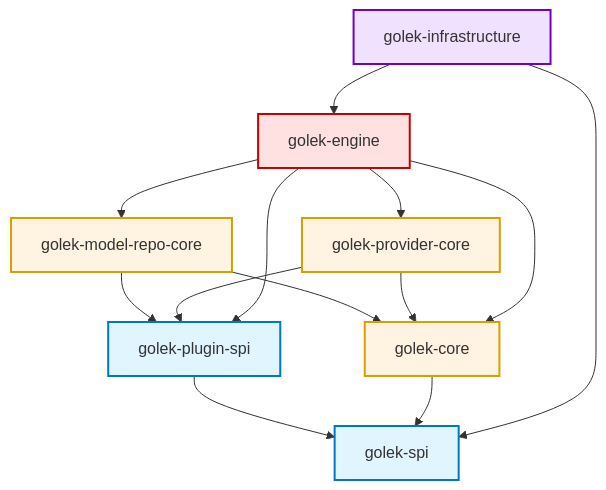
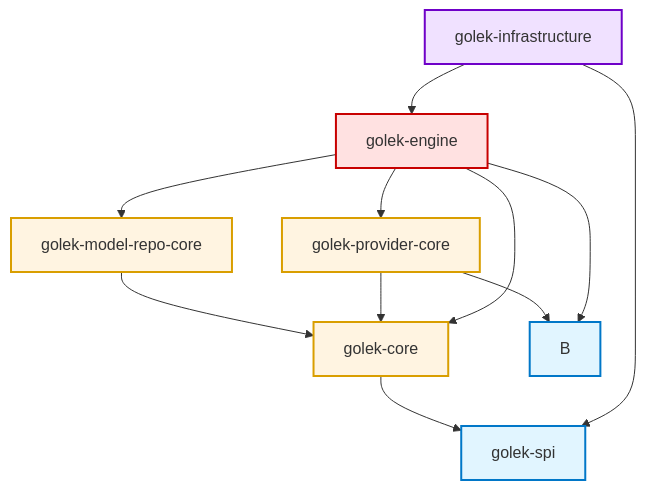
One commit to bhangun/gollek changed the diagram in core/README.md. Above: the diagram before and after it, drawn with Mermaid. The commit also changed other lines of this file and 96 other files, not shown here.

````diff
--- a/core/README.md
+++ b/core/README.md
@@ -79,38 +72,35 @@
 ```mermaid
 graph TD
     A[golek-spi] 
-    B[golek-plugin-spi]
     C[golek-core]
     D[golek-model-repo-core]
     E[golek-provider-core]
     F[golek-engine]
     G[golek-infrastructure]
 
     %% Tier 1: Base Contracts
-    B --> A
     C --> A
     
     %% Tier 2: Domain Logic & SPIs
     D --> C
-    D --> B
     E --> C
     E --> B
 
     %% Tier 3: Core Implementation (Engine)
     F --> D
     F --> E
     F --> C
     F --> B
 
     %% Tier 4: Infrastructure & Integration
     G --> F
     G --> A
     
     style A fill:#e1f5ff,stroke:#0077c8,stroke-width:2px
     style B fill:#e1f5ff,stroke:#0077c8,stroke-width:2px
     style C fill:#fff4e1,stroke:#d99e00,stroke-width:2px
     style D fill:#fff4e1,stroke:#d99e00,stroke-width:2px
     style E fill:#fff4e1,stroke:#d99e00,stroke-width:2px
     style F fill:#ffe1e1,stroke:#c80000,stroke-width:2px
     style G fill:#f0e1ff,stroke:#6f00c8,stroke-width:2px
 ```
````
